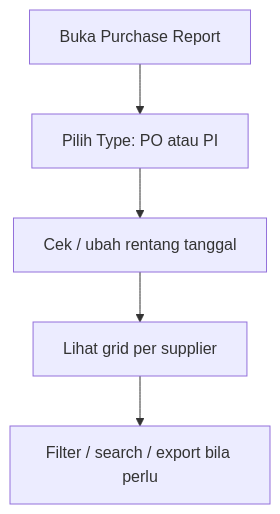
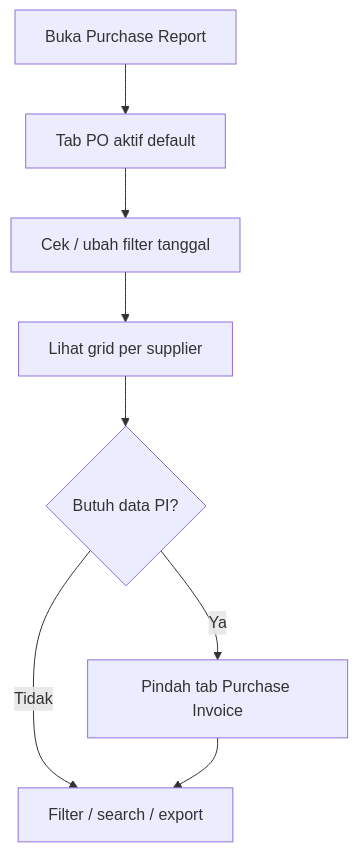
The diagram in qa-docs/accounting-purchase-report/knowledge-base.md (yendyr/olshoperp-docs), drawn with Mermaid before and after one commit. The commit also changed other lines of this file and 6 other files, not shown here.

Commit message:
docs(qa): sync Purchase Report AS-IS docs from developer

````diff
--- a/qa-docs/accounting-purchase-report/knowledge-base.md
+++ b/qa-docs/accounting-purchase-report/knowledge-base.md
@@ -27,7 +30,10 @@
 ```mermaid
 flowchart TD
-  A[Buka Purchase Report] --> B[Pilih Type: PO atau PI]
-  B --> C[Cek / ubah rentang tanggal]
+  A[Buka Purchase Report] --> B[Tab PO aktif default]
+  B --> C[Cek / ubah filter tanggal]
   C --> D[Lihat grid per supplier]
-  D --> E[Filter / search / export bila perlu]
+  D --> E{Butuh data PI?}
+  E -->|Ya| F[Pindah tab Purchase Invoice]
+  E -->|Tidak| G[Filter / search / export]
+  F --> G
 ```
````
